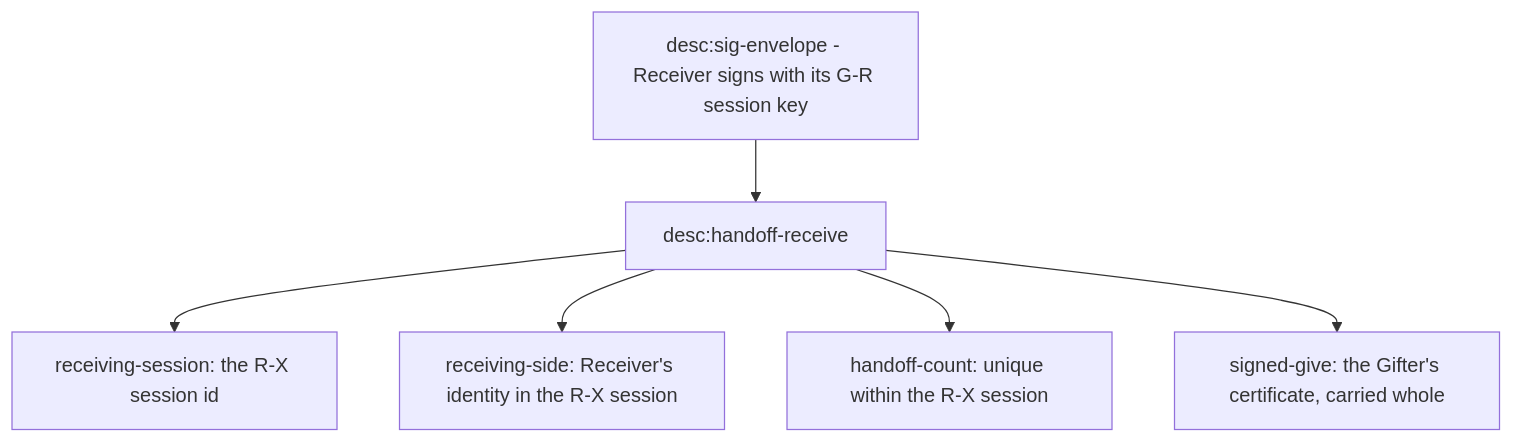
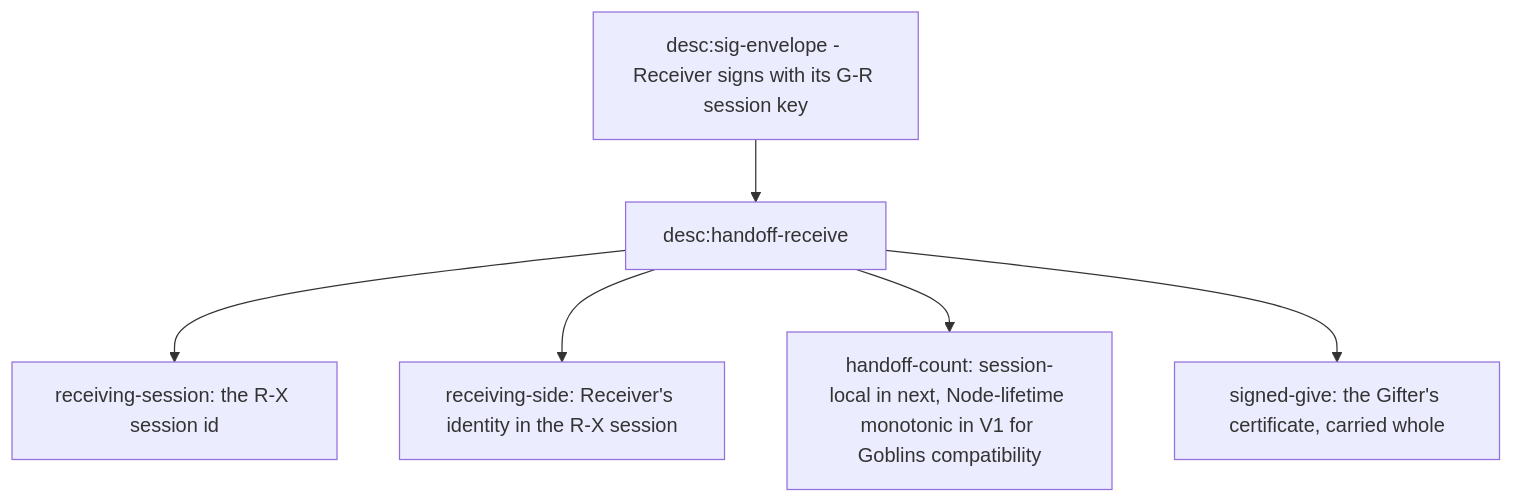
The sixth of 8 diagrams in docs/protocol-diagrams/06-handoffs.md (glowcap-org/glowcap), drawn with Mermaid before and after one commit. The commit also changed other lines of this file and 920 other files, not shown here.

````diff
--- a/docs/protocol-diagrams/06-handoffs.md
+++ b/docs/protocol-diagrams/06-handoffs.md
@@ -100,8 +99,8 @@
 ```mermaid
 flowchart TD
     SIG["desc:sig-envelope - Receiver signs with its G-R session key"] --> HR["desc:handoff-receive"]
     HR --> RS["receiving-session: the R-X session id"]
     HR --> RSide["receiving-side: Receiver's identity in the R-X session"]
-    HR --> HC["handoff-count: unique within the R-X session"]
+    HR --> HC["handoff-count: session-local in next, Node-lifetime monotonic in V1 for Goblins compatibility"]
     HR --> SG["signed-give: the Gifter's certificate, carried whole"]
 ```
````
